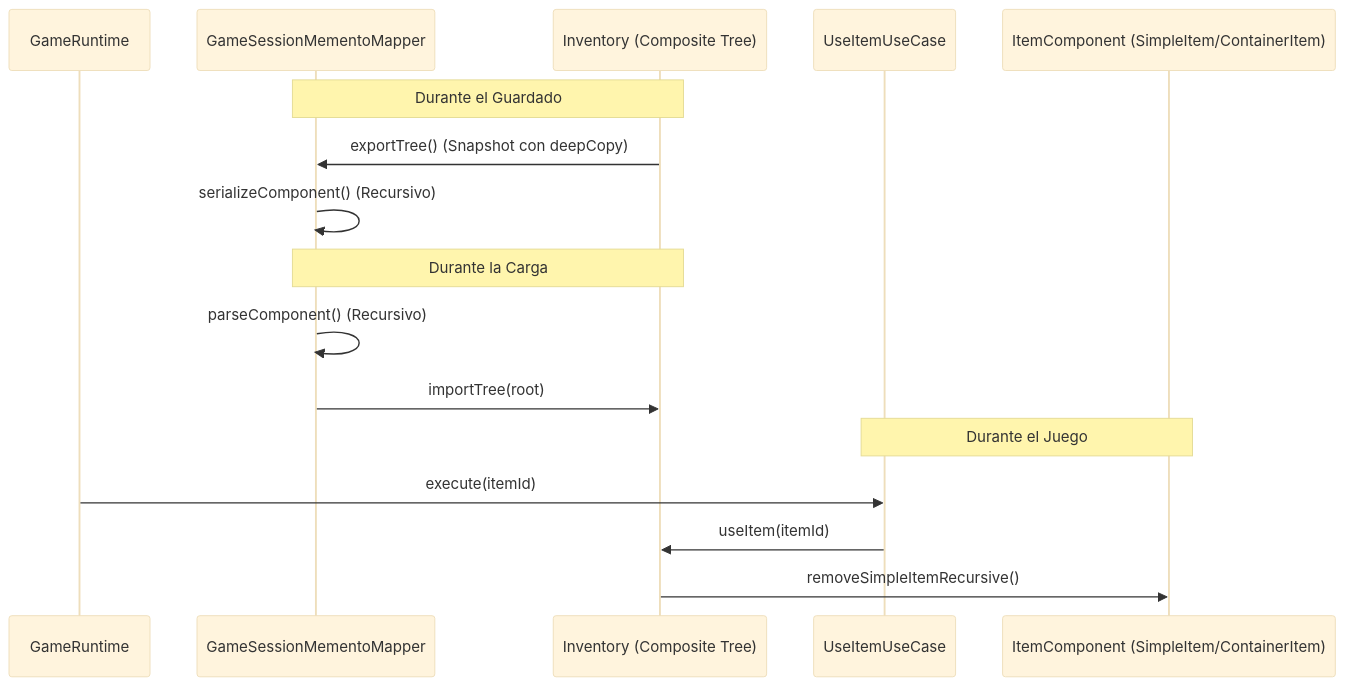
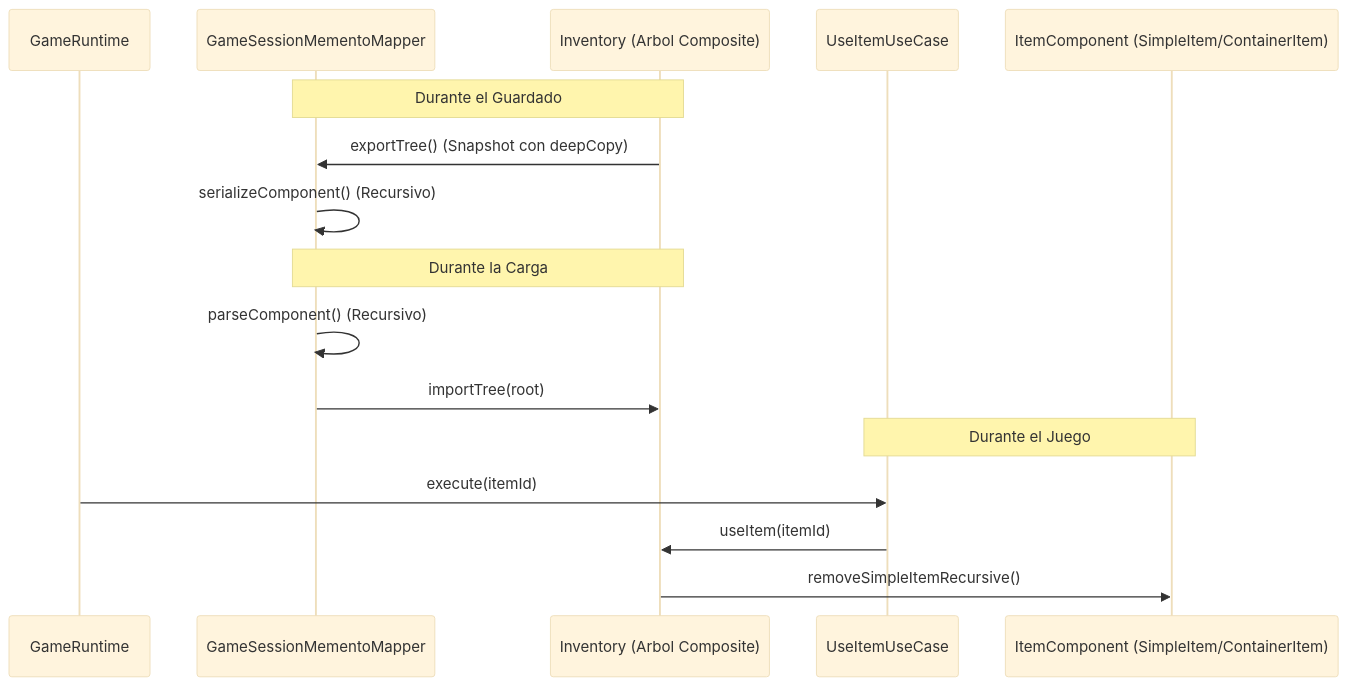
Before and after one commit to Craos6518/dungeon-crawler-patterns: the first of 2 diagrams in docs/03-patterns/composite.md, drawn with Mermaid (base theme). The commit also changed other lines of this file and 11 other files, not shown here.

Commit message:
refactor: actualizar diagramas y terminología en la documentación de patrones

````diff
--- a/docs/03-patterns/composite.md
+++ b/docs/03-patterns/composite.md
@@ -12,21 +12,21 @@
 ```mermaid
 sequenceDiagram
     participant GR as GameRuntime
     participant Mapper as GameSessionMementoMapper
-    participant Inv as Inventory (Composite Tree)
+    participant Inv as Inventory (Arbol Composite)
     participant UC as UseItemUseCase
     participant Comp as ItemComponent (SimpleItem/ContainerItem)
 
     Note over Mapper, Inv: Durante el Guardado
     Inv->>Mapper: exportTree() (Snapshot con deepCopy)
     Mapper->>Mapper: serializeComponent() (Recursivo)
 
     Note over Mapper, Inv: Durante la Carga
     Mapper->>Mapper: parseComponent() (Recursivo)
     Mapper->>Inv: importTree(root)
 
     Note over UC, Comp: Durante el Juego
     GR->>UC: execute(itemId)
     UC->>Inv: useItem(itemId)
     Inv->>Comp: removeSimpleItemRecursive()
 ```
````
